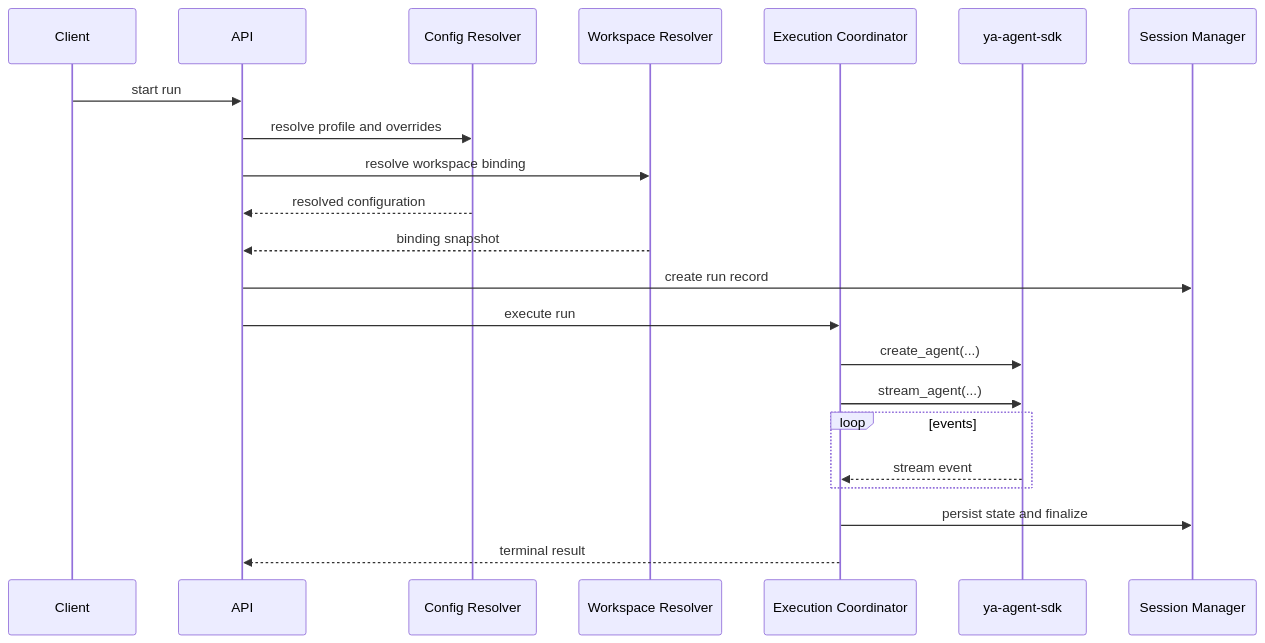
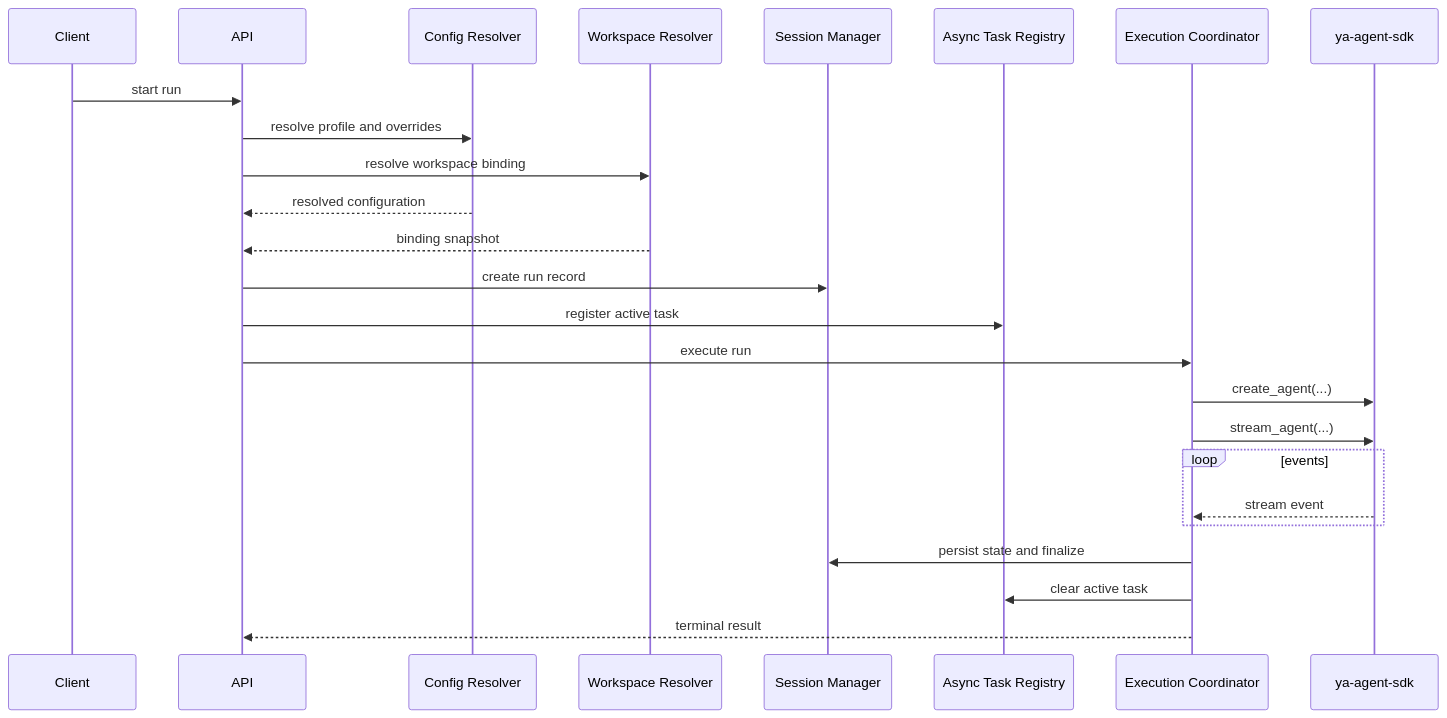
Before and after one commit to Wh1isper/ya-mono: the first of 3 diagrams in packages/ya-claw/spec/02-execution-and-session.md, drawn with Mermaid. The commit also changed other lines of this file and 33 other files, not shown here.

````diff
--- a/packages/ya-claw/spec/02-execution-and-session.md
+++ b/packages/ya-claw/spec/02-execution-and-session.md
@@ -7,25 +7,28 @@
 ```mermaid
 sequenceDiagram
     participant Client
     participant API
     participant CFG as Config Resolver
     participant WSP as Workspace Resolver
+    participant SESS as Session Manager
+    participant TASKS as Async Task Registry
     participant EXEC as Execution Coordinator
     participant SDK as ya-agent-sdk
-    participant SESS as Session Manager
 
     Client->>API: start run
     API->>CFG: resolve profile and overrides
     API->>WSP: resolve workspace binding
     CFG-->>API: resolved configuration
     WSP-->>API: binding snapshot
     API->>SESS: create run record
+    API->>TASKS: register active task
     API->>EXEC: execute run
     EXEC->>SDK: create_agent(...)
     EXEC->>SDK: stream_agent(...)
     loop events
         SDK-->>EXEC: stream event
     end
     EXEC->>SESS: persist state and finalize
+    EXEC->>TASKS: clear active task
     EXEC-->>API: terminal result
 ```
````
